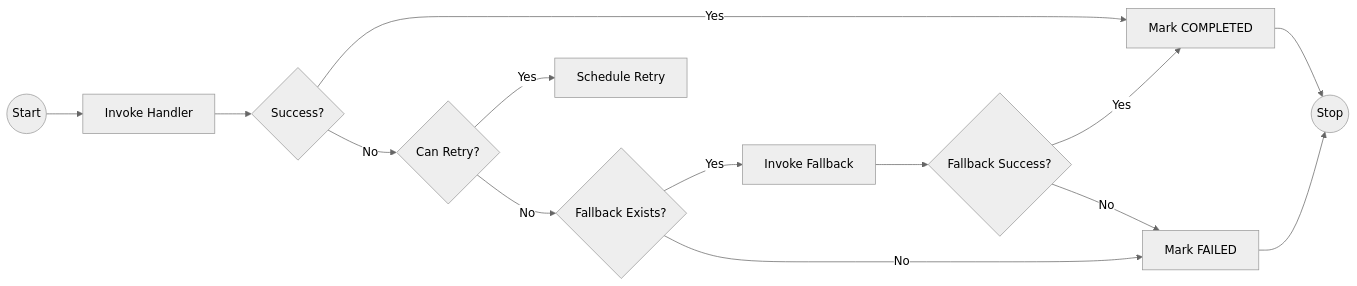
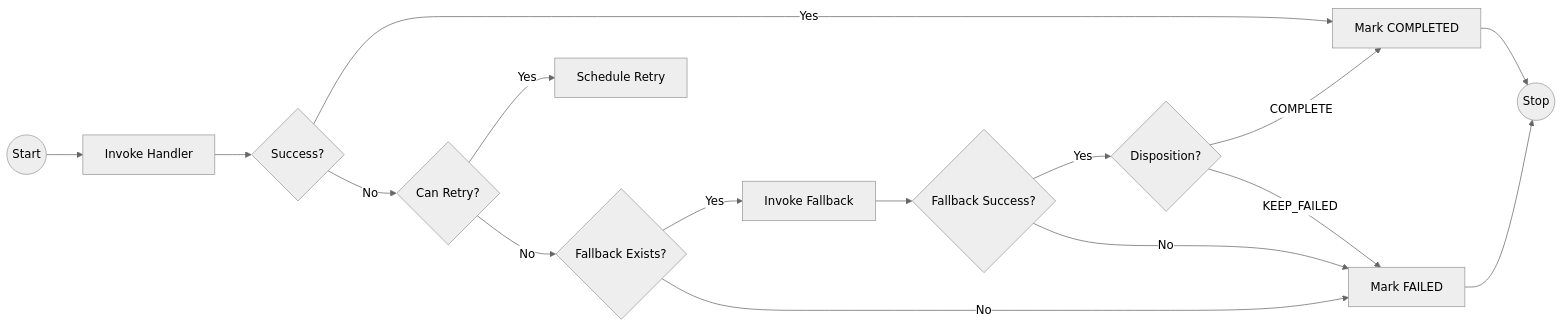
One commit to namastack/namastack-outbox changed the first of 4 diagrams in namastack-outbox-docs/docs/reference/processing.md. Above: the diagram before and after it, drawn with Mermaid (neutral theme). The commit also changed other lines of this file and 18 other files, not shown here.

Commit message:
GH-500 allow fallback to keep record failed after successful invocation

````diff
--- a/namastack-outbox-docs/docs/reference/processing.md
+++ b/namastack-outbox-docs/docs/reference/processing.md
@@ -26,23 +26,25 @@
 ```mermaid
 flowchart LR
     A((Start)) --> B[Invoke Handler]
     B --> C{Success?}
 
     C -- Yes --> Z[Mark COMPLETED]
     C -- No --> D{Can Retry?}
 
     D -- Yes --> E[Schedule Retry]
 
     D -- No --> F{Fallback Exists?}
 
     F -- Yes --> G[Invoke Fallback]
     G --> H{Fallback Success?}
 
-    H -- Yes --> Z
+    H -- Yes --> I{Disposition?}
+    I -- COMPLETE --> Z
+    I -- KEEP_FAILED --> Y
     H -- No --> Y[Mark FAILED]
 
     F -- No --> Y
 
     Y --> S((Stop))
     Z --> S((Stop))
 ```
````
